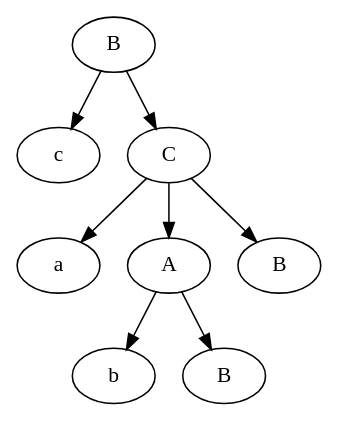
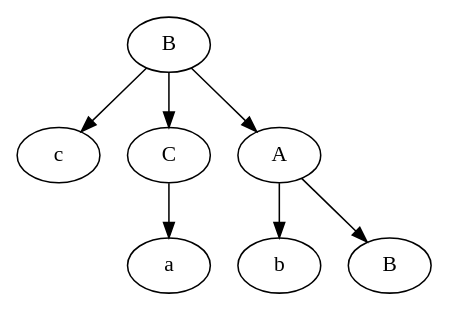
Before and after one commit to Barashkov-GO/tfl_lab3: the diagram in results/test4_B.gv, drawn with Graphviz. The commit also changed 7 other files, not shown here.

```diff
--- a/results/test4_B.gv
+++ b/results/test4_B.gv
@@ -1,18 +1,16 @@
 digraph G {
 	0[label="B"]
 	1[label="c"]
-	7[label="C"]
+	3[label="C"]
 	2[label="a"]
-	5[label="A"]
-	3[label="b"]
-	4[label="B"]
-	5->3
-	5->4
-	6[label="B"]
-	7->2
-	7->5
-	7->6
+	3->2
+	6[label="A"]
+	4[label="b"]
+	5[label="B"]
+	6->4
+	6->5
 	0->1
-	0->7
+	0->3
+	0->6
 
 }
```
